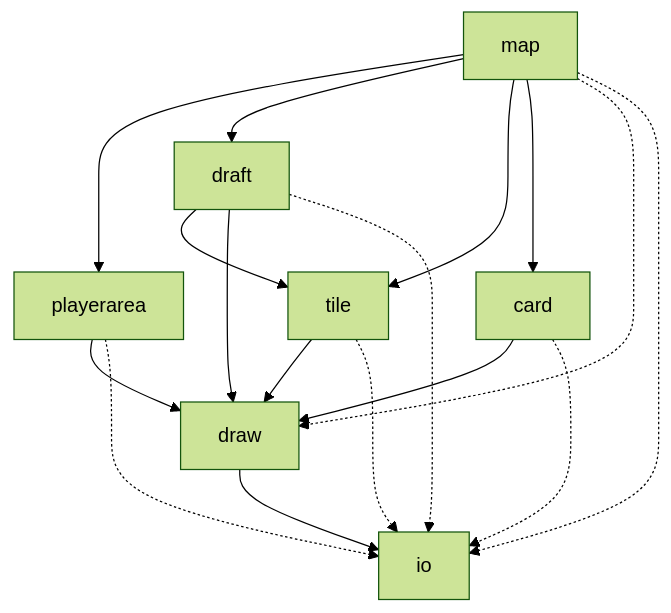
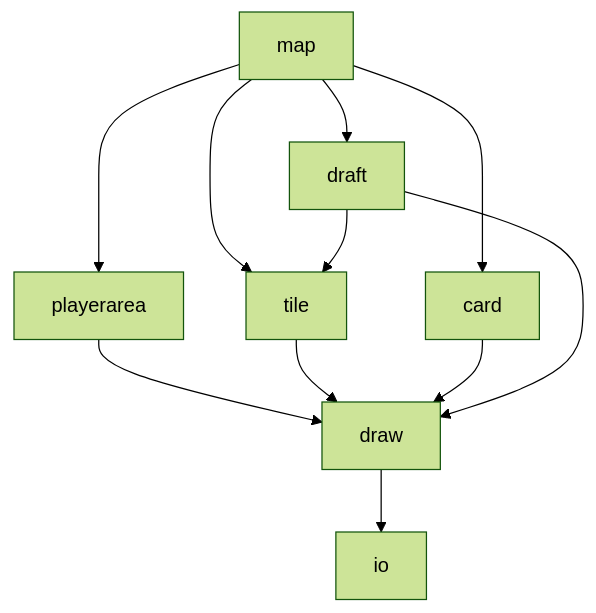
The first of 10 diagrams in src/main/java/ti4/image/README.md (AsyncTI4/TI4_map_generator_bot), drawn with Mermaid (forest theme) before and after one commit. The commit also changed other lines of this file and 3 other files, not shown here.

````diff
--- a/src/main/java/ti4/image/README.md
+++ b/src/main/java/ti4/image/README.md
@@ -28,19 +28,13 @@
 ```mermaid
 flowchart TD
     map --> playerarea
     map --> draft
     map --> tile
     map --> card
     draft --> tile
     playerarea --> draw
     tile --> draw
     card --> draw
     draft --> draw
     draw --> io
-    map -.-> draw
-    map -.-> io
-    playerarea -.-> io
-    tile -.-> io
-    card -.-> io
-    draft -.-> io
 ```
````
